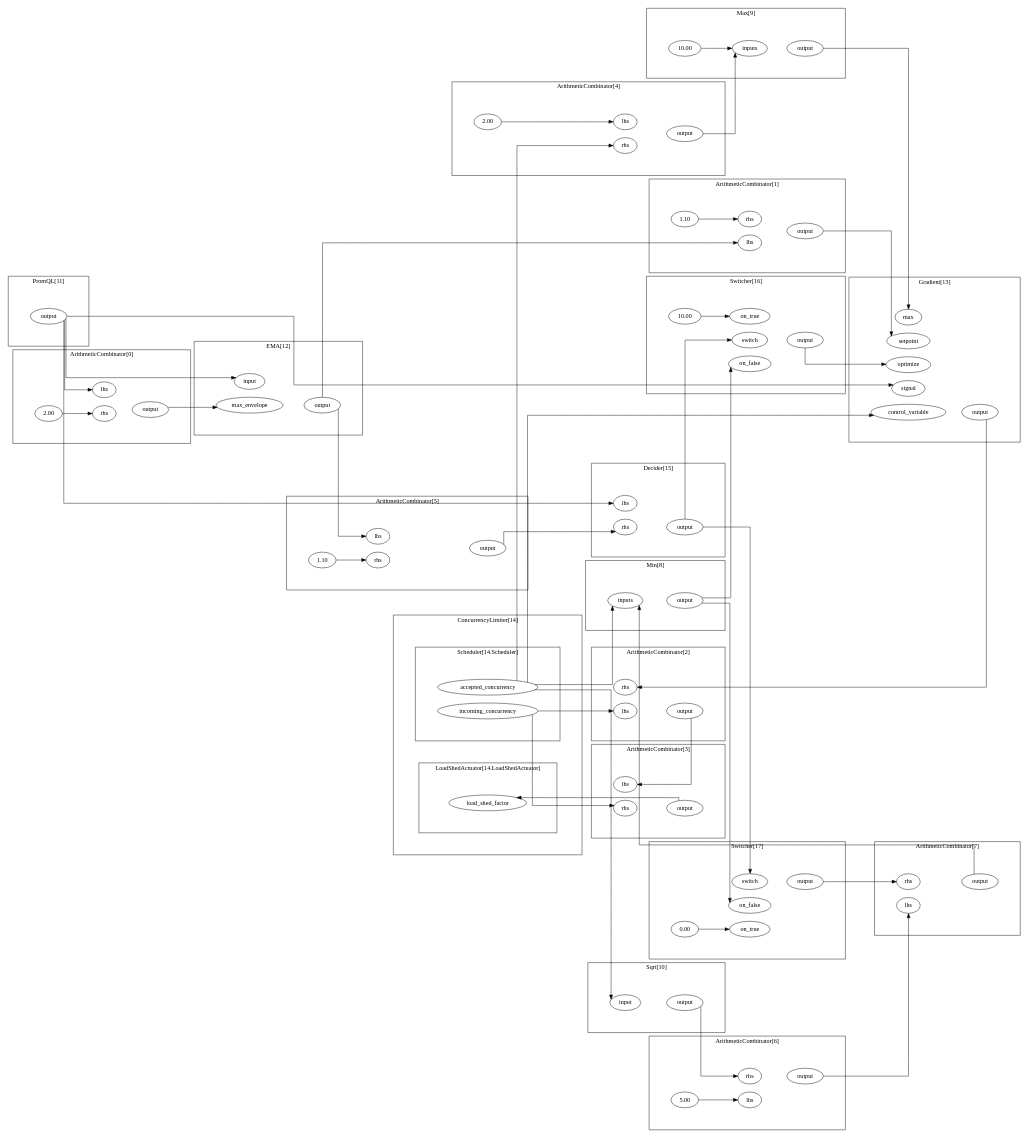
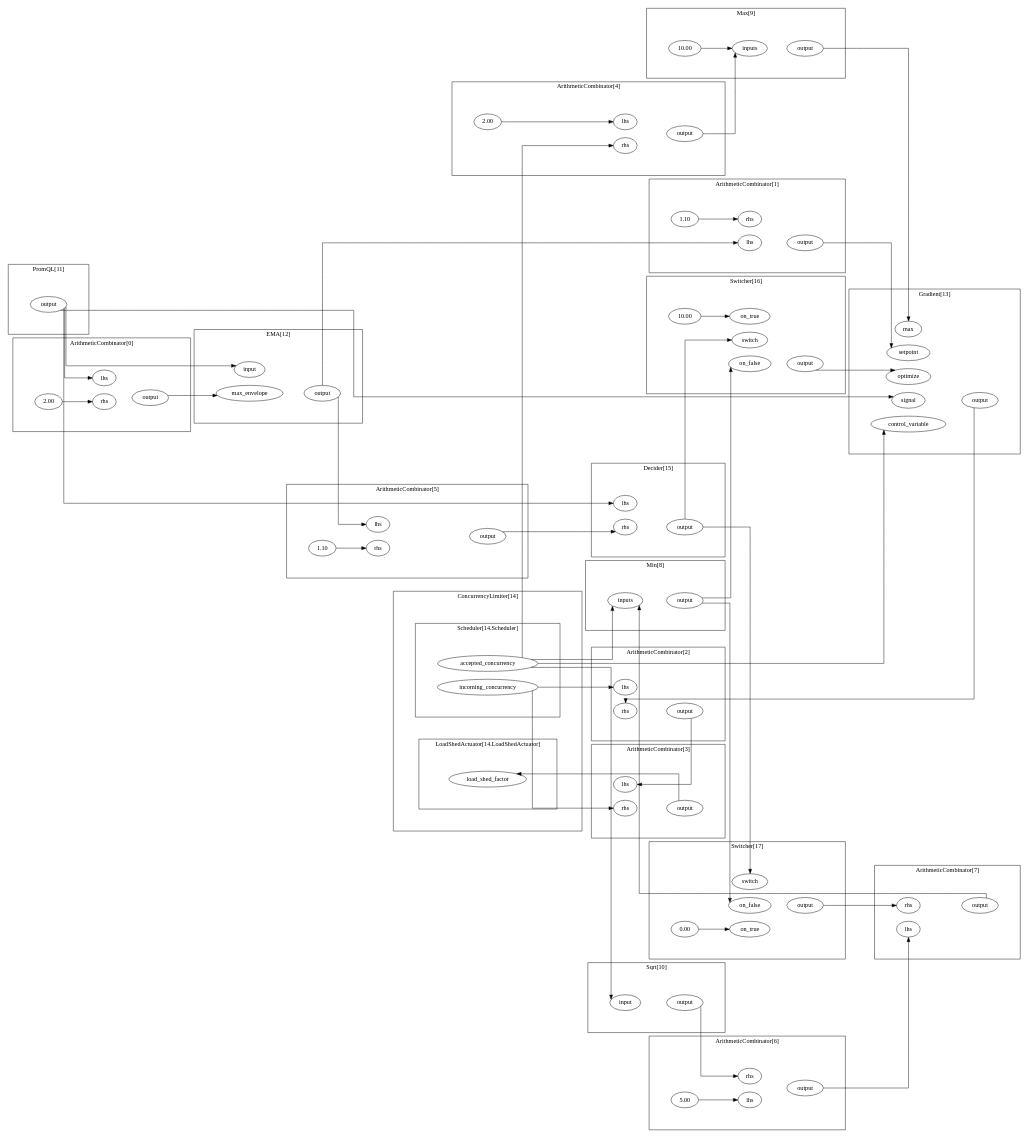
The diagram in blueprints/blueprints/latency-gradient/example/gen/graph/graph.dot (fluxninja/aperture), drawn with Graphviz before and after one commit. The commit also changed 36 other files, not shown here.

```diff
--- a/blueprints/blueprints/latency-gradient/example/gen/graph/graph.dot
+++ b/blueprints/blueprints/latency-gradient/example/gen/graph/graph.dot
@@ -13,21 +13,21 @@
 	}
 	subgraph cluster_s6 {
 		label="ArithmeticCombinator[1]";margin="50.0";
-		n9[label="1.10"];
-		n7[label="lhs"];
+		n8[label="1.10"];
+		n9[label="lhs"];
 		n10[label="output"];
-		n8[label="rhs"];
-		n9->n8;
-		n8->n10[style="invis"];
-		{rank=same; n7;n8;};
+		n7[label="rhs"];
+		n8->n7;
+		n9->n10[style="invis"];
+		{rank=same; n7;n9;};
 		{rank=same; n10;};
 		
 	}
 	subgraph cluster_s11 {
 		label="ArithmeticCombinator[2]";margin="50.0";
-		n13[label="lhs"];
+		n12[label="lhs"];
 		n14[label="output"];
-		n12[label="rhs"];
+		n13[label="rhs"];
 		n13->n14[style="invis"];
 		{rank=same; n12;n13;};
 		{rank=same; n14;};
@@ -39,8 +39,8 @@
 		n18[label="output"];
 		n17[label="rhs"];
 		n17->n18[style="invis"];
+		{rank=same; n18;};
 		{rank=same; n16;n17;};
-		{rank=same; n18;};
 		
 	}
 	subgraph cluster_s19 {
@@ -51,8 +51,8 @@
 		n22[label="rhs"];
 		n21->n20;
 		n22->n23[style="invis"];
+		{rank=same; n20;n22;};
 		{rank=same; n23;};
-		{rank=same; n20;n22;};
 		
 	}
 	subgraph cluster_s24 {
@@ -69,13 +69,13 @@
 	}
 	subgraph cluster_s29 {
 		label="ArithmeticCombinator[6]";margin="50.0";
-		n31[label="5.00"];
-		n30[label="lhs"];
+		n32[label="5.00"];
+		n31[label="lhs"];
 		n33[label="output"];
-		n32[label="rhs"];
-		n31->n30;
-		n32->n33[style="invis"];
-		{rank=same; n30;n32;};
+		n30[label="rhs"];
+		n32->n31;
+		n31->n33[style="invis"];
+		{rank=same; n30;n31;};
 		{rank=same; n33;};
 		
 	}
@@ -128,12 +128,12 @@
 	}
 	subgraph cluster_s54 {
 		label="Gradient[13]";margin="50.0";
-		n59[label="control_variable"];
-		n58[label="max"];
-		n57[label="optimize"];
+		n56[label="control_variable"];
+		n55[label="max"];
+		n59[label="optimize"];
 		n60[label="output"];
-		n56[label="setpoint"];
-		n55[label="signal"];
+		n58[label="setpoint"];
+		n57[label="signal"];
 		n59->n60[style="invis"];
 		{rank=same; n55;n56;n57;n58;n59;};
 		{rank=same; n60;};
@@ -146,8 +146,8 @@
 		n44[label="output"];
 		n43->n42;
 		n42->n44[style="invis"];
+		{rank=same; n44;};
 		{rank=same; n42;n42;};
-		{rank=same; n44;};
 		
 	}
 	subgraph cluster_s38 {
@@ -170,65 +170,65 @@
 		n46[label="input"];
 		n47[label="output"];
 		n46->n47[style="invis"];
+		{rank=same; n47;};
 		{rank=same; n46;};
-		{rank=same; n47;};
 		
 	}
 	subgraph cluster_s71 {
 		label="Switcher[16]";margin="50.0";
-		n75[label="10.00"];
-		n72[label="on_false"];
-		n74[label="on_true"];
+		n74[label="10.00"];
+		n75[label="on_false"];
+		n73[label="on_true"];
 		n76[label="output"];
-		n73[label="switch"];
-		n75->n74;
-		n74->n76[style="invis"];
-		{rank=same; n72;n73;n74;};
+		n72[label="switch"];
+		n74->n73;
+		n75->n76[style="invis"];
+		{rank=same; n72;n73;n75;};
 		{rank=same; n76;};
 		
 	}
 	subgraph cluster_s77 {
 		label="Switcher[17]";margin="50.0";
-		n79[label="0.00"];
-		n80[label="on_false"];
-		n78[label="on_true"];
+		n80[label="0.00"];
+		n81[label="on_false"];
+		n79[label="on_true"];
 		n82[label="output"];
-		n81[label="switch"];
-		n79->n78;
+		n78[label="switch"];
+		n80->n79;
 		n81->n82[style="invis"];
-		{rank=same; n78;n80;n81;};
 		{rank=same; n82;};
+		{rank=same; n78;n79;n81;};
 		
 	}
 	rankdir="LR";splines="ortho";
 	n63->n22;
 	n63->n39;
 	n63->n46;
-	n63->n59;
-	n64->n13;
+	n63->n56;
+	n64->n12;
 	n64->n17;
-	n14->n16;
+	n60->n13;
+	n76->n59;
+	n18->n66;
+	n44->n55;
+	n37->n39;
+	n10->n58;
+	n23->n42;
+	n28->n69;
+	n33->n35;
+	n47->n30;
+	n49->n2;
+	n49->n51;
+	n49->n57;
+	n49->n68;
 	n82->n36;
 	n5->n52;
-	n23->n42;
-	n37->n39;
-	n44->n58;
-	n47->n32;
-	n53->n7;
+	n14->n16;
+	n70->n72;
+	n70->n78;
+	n40->n75;
+	n40->n81;
+	n53->n9;
 	n53->n25;
-	n76->n57;
-	n18->n66;
-	n33->n35;
-	n49->n2;
-	n49->n51;
-	n49->n55;
-	n49->n68;
-	n60->n12;
-	n70->n73;
-	n70->n81;
-	n10->n56;
-	n28->n69;
-	n40->n72;
-	n40->n80;
 	
 }
```
